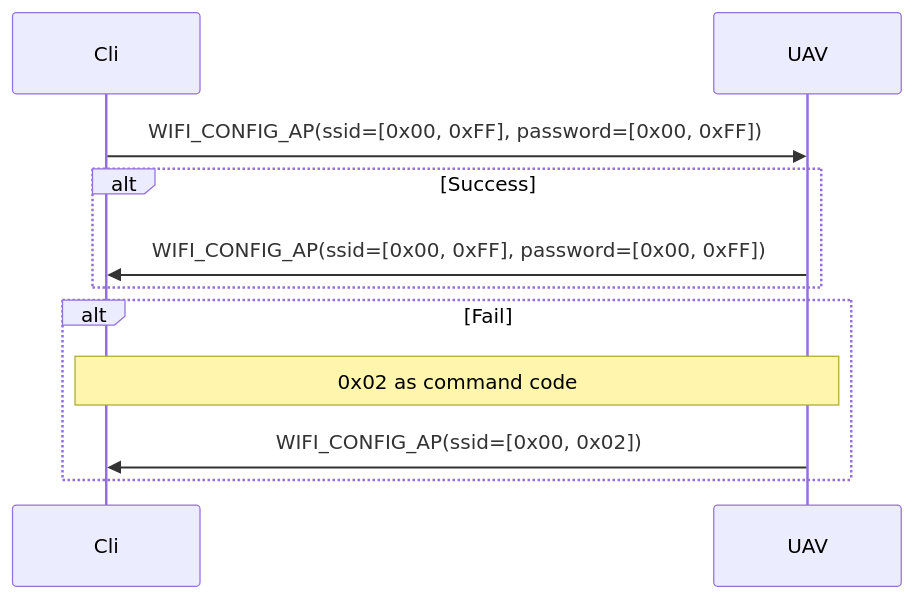
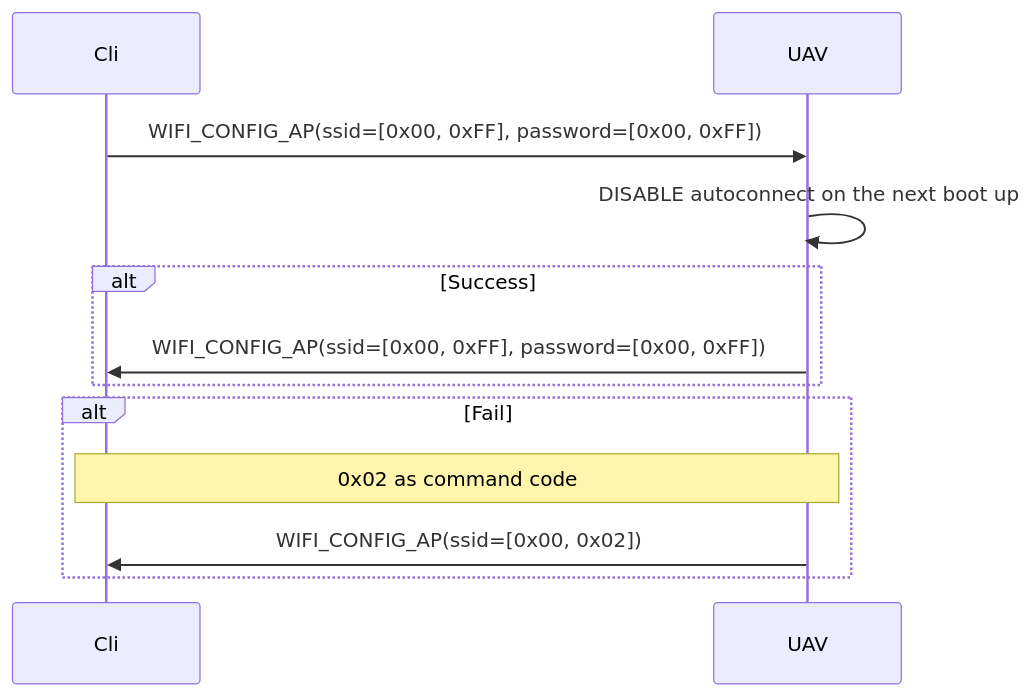
One commit to geoscan/pioneer_sdk changed the second of 6 diagrams in pioneer_sdk/mavsub/README.md. Above: the diagram before and after it, drawn with Mermaid. The commit also changed other lines of this file, not shown here.

````diff
--- a/pioneer_sdk/mavsub/README.md
+++ b/pioneer_sdk/mavsub/README.md
@@ -83,15 +90,16 @@
 ```mermaid
 sequenceDiagram
 	participant Cli
 	participant UAV
 	Cli ->> UAV: WIFI_CONFIG_AP(ssid=[0x00, 0xFF], password=[0x00, 0xFF])
+	UAV ->> UAV: DISABLE autoconnect on the next boot up
 
 	alt Success
 		UAV ->> Cli: WIFI_CONFIG_AP(ssid=[0x00, 0xFF], password=[0x00, 0xFF])
 	end
 
 	alt Fail
 		note over UAV, Cli: 0x02 as command code
 		UAV ->> Cli: WIFI_CONFIG_AP(ssid=[0x00, 0x02])
 	end
 ```
````
